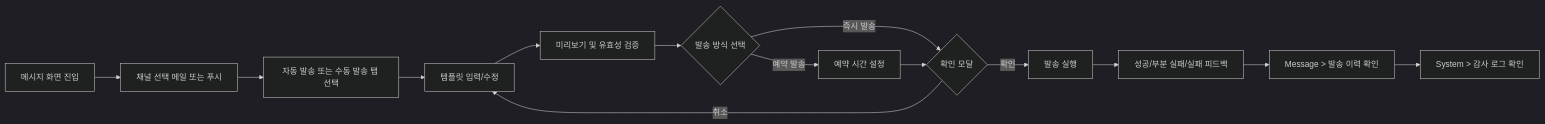
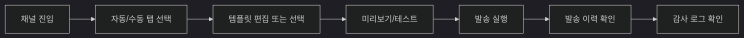
One commit to blackstarzck/topik-ai changed the second of 5 diagrams in docs/specs/admin-page-flows-mermaid.md. Above: the diagram before and after it, drawn with Mermaid (dark theme). The commit also changed other lines of this file and 26 other files, not shown here.

````diff
--- a/docs/specs/admin-page-flows-mermaid.md
+++ b/docs/specs/admin-page-flows-mermaid.md
@@ -98,16 +22,9 @@
 ```mermaid
 flowchart LR
-  A[메시지 화면 진입] --> B[채널 선택 메일 또는 푸시]
-  B --> C[자동 발송 또는 수동 발송 탭 선택]
-  C --> D[템플릿 입력/수정]
-  D --> E[미리보기 및 유효성 검증]
-  E --> F{발송 방식 선택}
-  F -->|즉시 발송| G{확인 모달}
-  F -->|예약 발송| H[예약 시간 설정]
-  H --> G
-  G -->|확인| I[발송 실행]
-  G -->|취소| D
-  I --> J[성공/부분 실패/실패 피드백]
-  J --> K[Message > 발송 이력 확인]
-  K --> L[System > 감사 로그 확인]
+  A["채널 진입"] --> B["자동/수동 탭 선택"]
+  B --> C["템플릿 편집 또는 선택"]
+  C --> D["미리보기/테스트"]
+  D --> E["발송 실행"]
+  E --> F["발송 이력 확인"]
+  F --> G["감사 로그 확인"]
 ```
````
